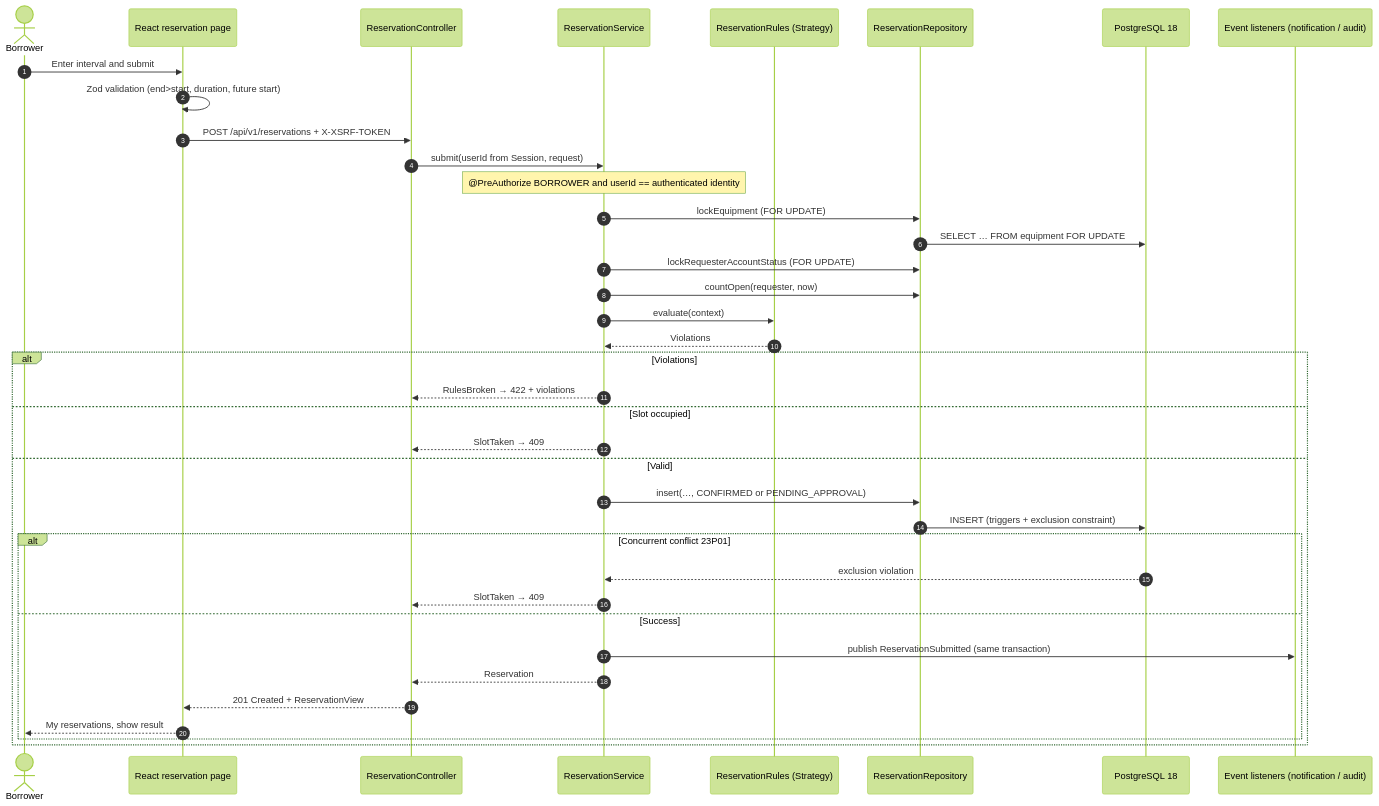
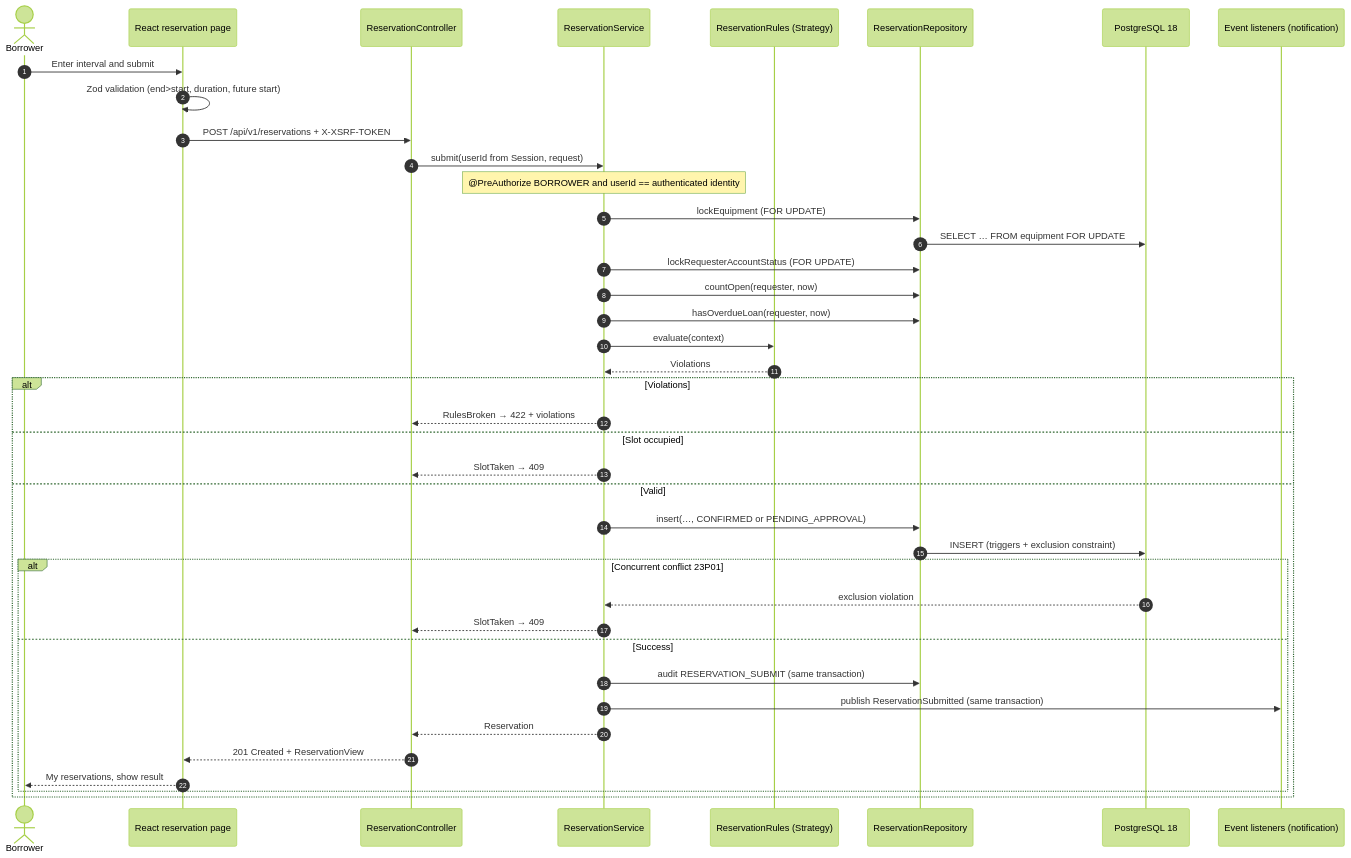
One commit to YukiOvOb/AGFP changed the second of 5 diagrams in docs/uc01-search-and-reserve.md. Above: the diagram before and after it, drawn with Mermaid (forest theme). The commit also changed other lines of this file and 17 other files, not shown here.

````diff
--- a/docs/uc01-search-and-reserve.md
+++ b/docs/uc01-search-and-reserve.md
@@ -76,40 +80,42 @@
 ```mermaid
 sequenceDiagram
   autonumber
   actor B as Borrower
   participant W as React reservation page
   participant C as ReservationController
   participant S as ReservationService
   participant P as ReservationRules (Strategy)
   participant R as ReservationRepository
   participant D as PostgreSQL 18
-  participant E as Event listeners (notification / audit)
+  participant E as Event listeners (notification)
   B->>W: Enter interval and submit
   W->>W: Zod validation (end>start, duration, future start)
   W->>C: POST /api/v1/reservations + X-XSRF-TOKEN
   C->>S: submit(userId from Session, request)
   Note over S: @PreAuthorize BORROWER and userId == authenticated identity
   S->>R: lockEquipment (FOR UPDATE)
   R->>D: SELECT … FROM equipment FOR UPDATE
   S->>R: lockRequesterAccountStatus (FOR UPDATE)
   S->>R: countOpen(requester, now)
+  S->>R: hasOverdueLoan(requester, now)
   S->>P: evaluate(context)
   P-->>S: Violations
   alt Violations
     S-->>C: RulesBroken → 422 + violations
   else Slot occupied
     S-->>C: SlotTaken → 409
   else Valid
     S->>R: insert(…, CONFIRMED or PENDING_APPROVAL)
     R->>D: INSERT (triggers + exclusion constraint)
     alt Concurrent conflict 23P01
       D-->>S: exclusion violation
       S-->>C: SlotTaken → 409
     else Success
+      S->>R: audit RESERVATION_SUBMIT (same transaction)
       S->>E: publish ReservationSubmitted (same transaction)
       S-->>C: Reservation
       C-->>W: 201 Created + ReservationView
       W-->>B: My reservations, show result
     end
   end
 ```
````
